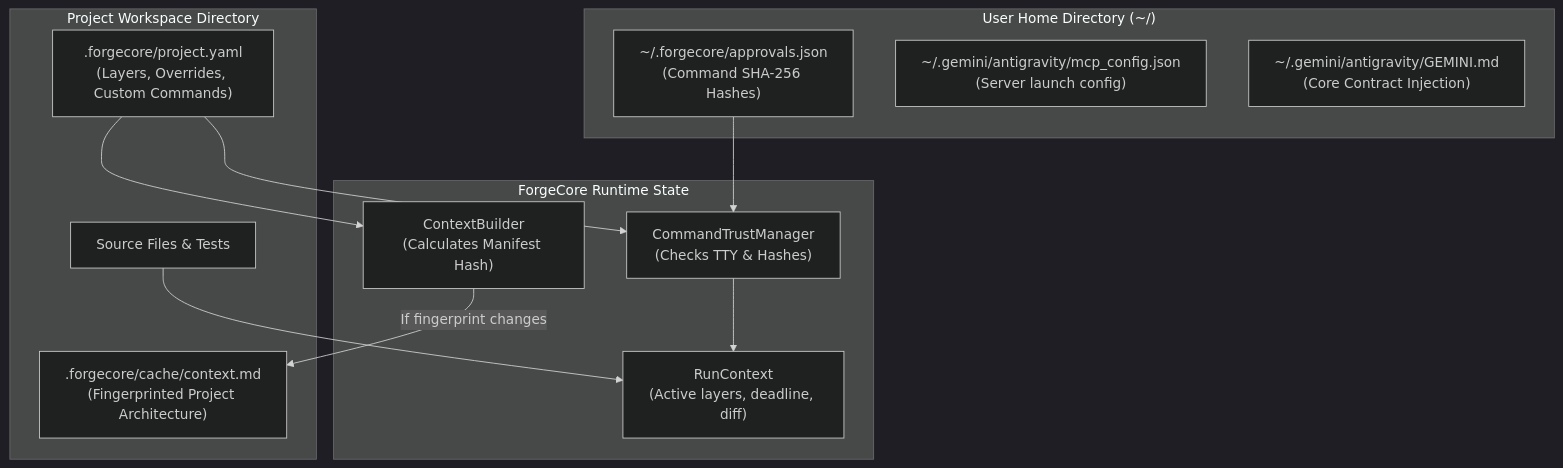
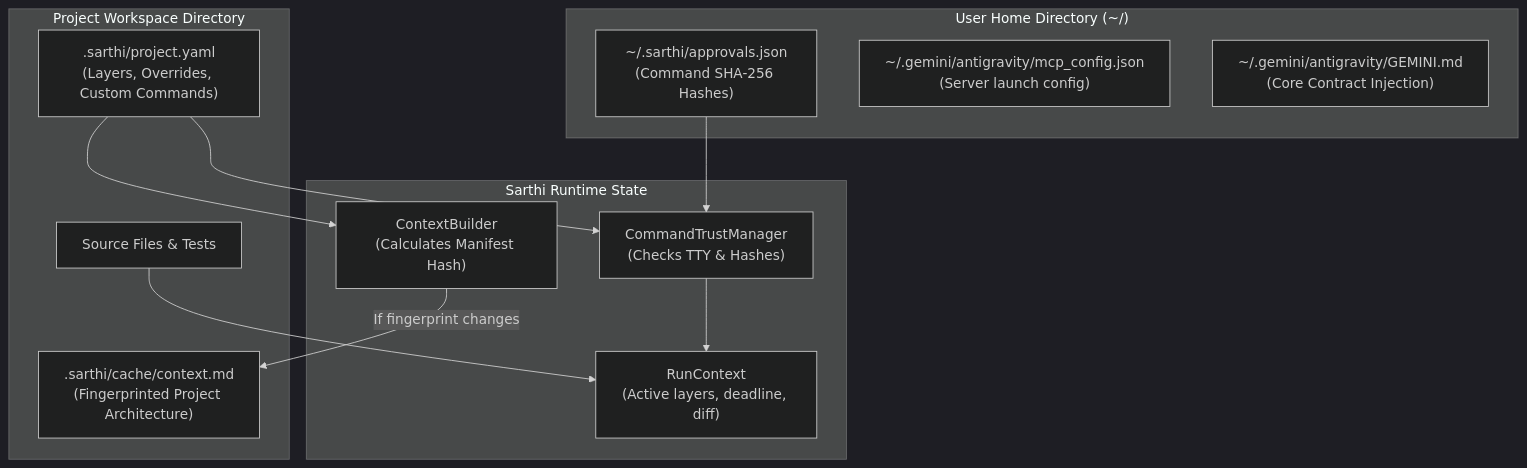
One commit to Mayurkhalse/ForgeCore changed the eighth of 10 diagrams in WORKFLOW.md. Above: the diagram before and after it, drawn with Mermaid (dark theme). The commit also changed other lines of this file and 154 other files, not shown here.

Commit message:
refactor: rename project, package, cli, and mcp server from ForgeCore to Sarthi

````diff
--- a/WORKFLOW.md
+++ b/WORKFLOW.md
@@ -999,27 +999,27 @@
 ```mermaid
 flowchart TD
     subgraph GlobalUser["User Home Directory (~/)"]
-        GlobalApprovals["~/.forgecore/approvals.json<br/>(Command SHA-256 Hashes)"]
+        GlobalApprovals["~/.sarthi/approvals.json<br/>(Command SHA-256 Hashes)"]
         GlobalMCPConfig["~/.gemini/antigravity/mcp_config.json<br/>(Server launch config)"]
         GlobalRuleFile["~/.gemini/antigravity/GEMINI.md<br/>(Core Contract Injection)"]
     end
 
     subgraph ProjectWorkspace["Project Workspace Directory"]
-        ProjConfig[".forgecore/project.yaml<br/>(Layers, Overrides, Custom Commands)"]
-        CacheFile[".forgecore/cache/context.md<br/>(Fingerprinted Project Architecture)"]
+        ProjConfig[".sarthi/project.yaml<br/>(Layers, Overrides, Custom Commands)"]
+        CacheFile[".sarthi/cache/context.md<br/>(Fingerprinted Project Architecture)"]
         SrcFiles["Source Files & Tests"]
     end
 
-    subgraph EngineRuntime["ForgeCore Runtime State"]
+    subgraph EngineRuntime["Sarthi Runtime State"]
         ContextState["ContextBuilder<br/>(Calculates Manifest Hash)"]
         TrustState["CommandTrustManager<br/>(Checks TTY & Hashes)"]
         RunContextState["RunContext<br/>(Active layers, deadline, diff)"]
     end
 
     ProjConfig --> ContextState
     ContextState -->|"If fingerprint changes"| CacheFile
     GlobalApprovals --> TrustState
     ProjConfig --> TrustState
     TrustState --> RunContextState
     SrcFiles --> RunContextState
 ```
````
